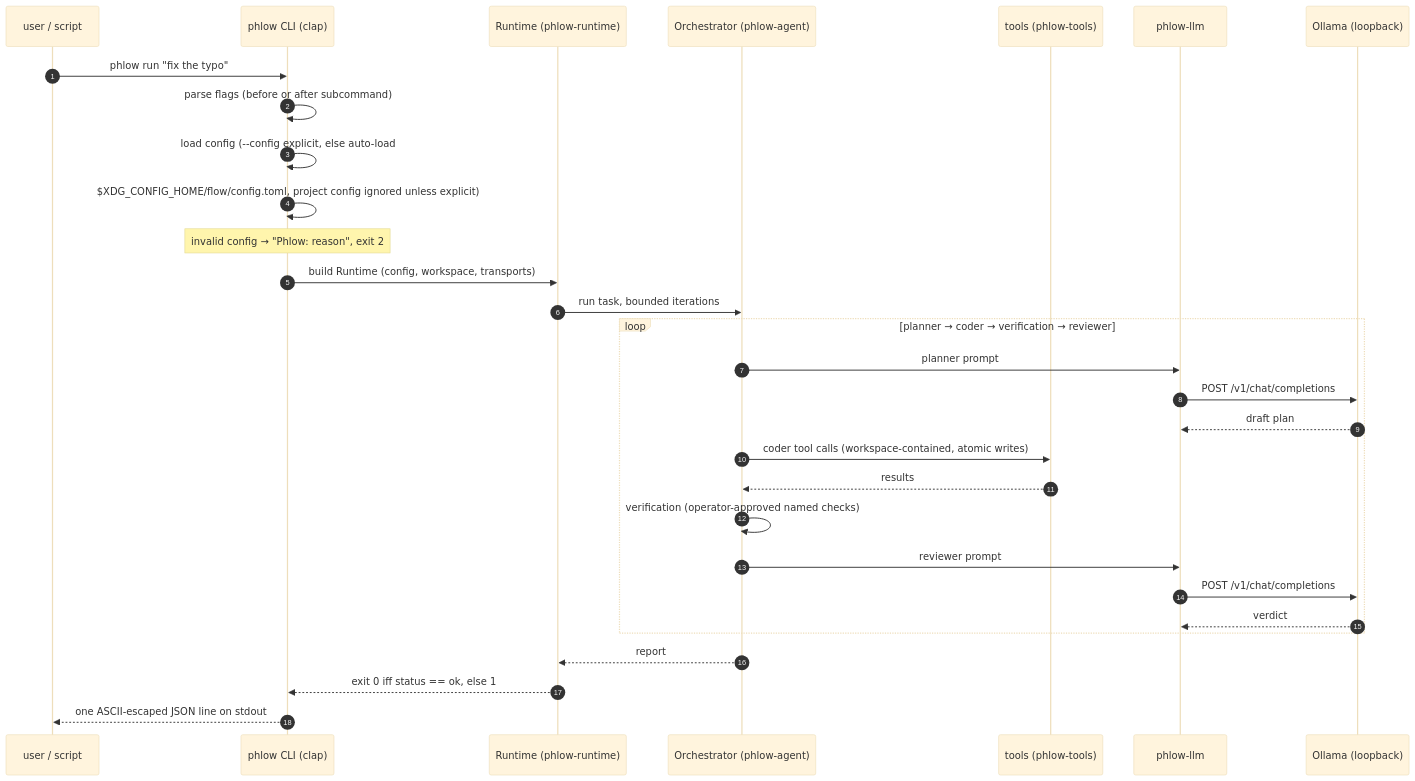
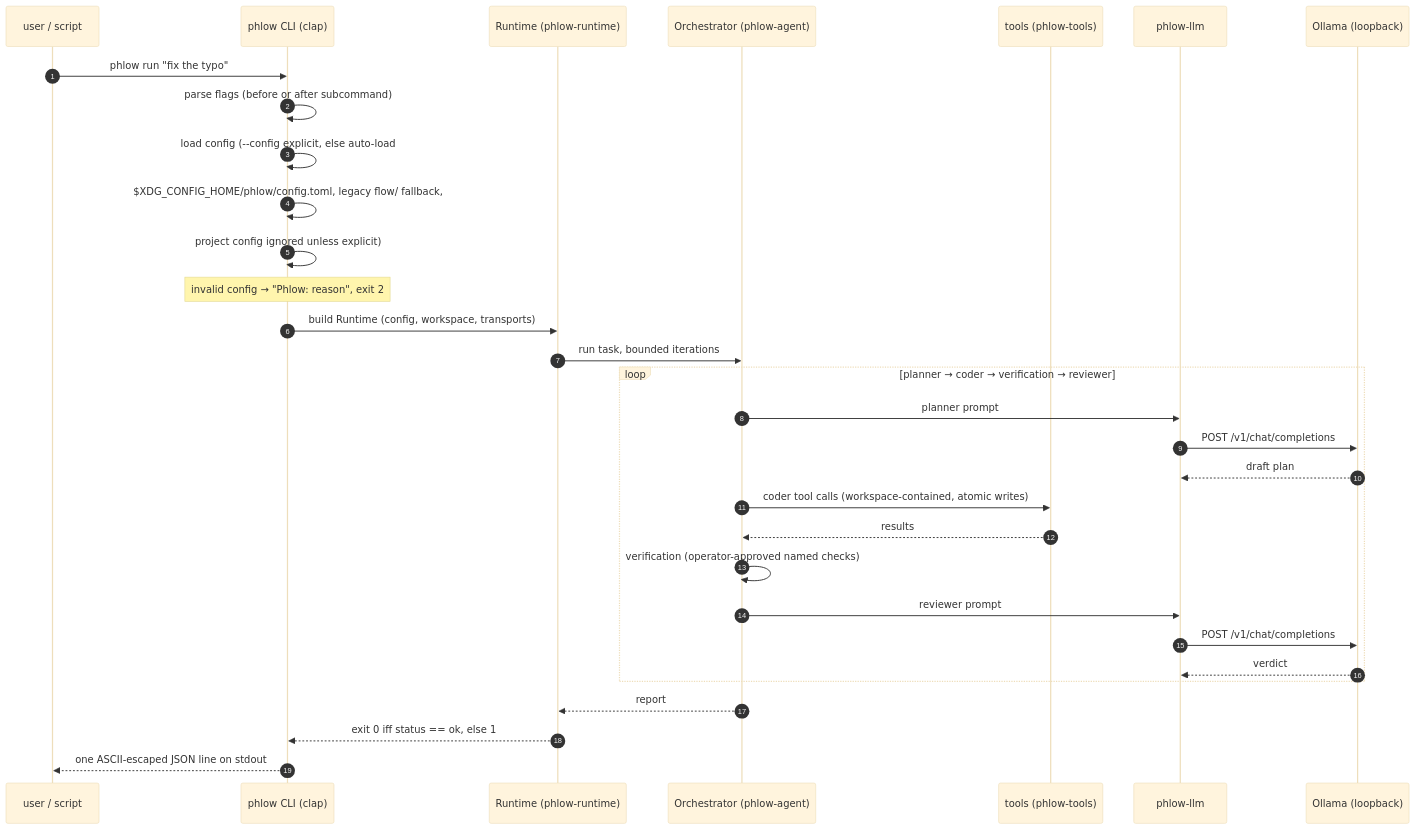
One commit to qompassai/phlow changed the third of 5 diagrams in docs/ARCHITECTURE.md. Above: the diagram before and after it, drawn with Mermaid (base theme). The commit also changed 5 other files, not shown here.

First line of the commit message:
Config paths follow the Phlow rename (phlow/ preferred, flow/ legacy fallback)

````diff
--- a/docs/ARCHITECTURE.md
+++ b/docs/ARCHITECTURE.md
@@ -249,33 +249,34 @@
 ```mermaid
 sequenceDiagram
     autonumber
     participant U as user / script
     participant C as phlow CLI (clap)
     participant R as Runtime (phlow-runtime)
     participant O as Orchestrator (phlow-agent)
     participant T as tools (phlow-tools)
     participant L as phlow-llm
     participant M as Ollama (loopback)
 
     U->>C: phlow run "fix the typo"
     C->>C: parse flags (before or after subcommand)
     C->>C: load config (--config explicit, else auto-load
-    C->>C: $XDG_CONFIG_HOME/flow/config.toml, project config ignored unless explicit)
+    C->>C: $XDG_CONFIG_HOME/phlow/config.toml, legacy flow/ fallback,
+    C->>C: project config ignored unless explicit)
     Note over C: invalid config → "Phlow: reason", exit 2
     C->>R: build Runtime (config, workspace, transports)
     R->>O: run task, bounded iterations
     loop planner → coder → verification → reviewer
         O->>L: planner prompt
         L->>M: POST /v1/chat/completions
         M-->>L: draft plan
         O->>T: coder tool calls (workspace-contained, atomic writes)
         T-->>O: results
         O->>O: verification (operator-approved named checks)
         O->>L: reviewer prompt
         L->>M: POST /v1/chat/completions
         M-->>L: verdict
     end
     O-->>R: report
     R-->>C: exit 0 iff status == ok, else 1
     C-->>U: one ASCII-escaped JSON line on stdout
 ```
````
